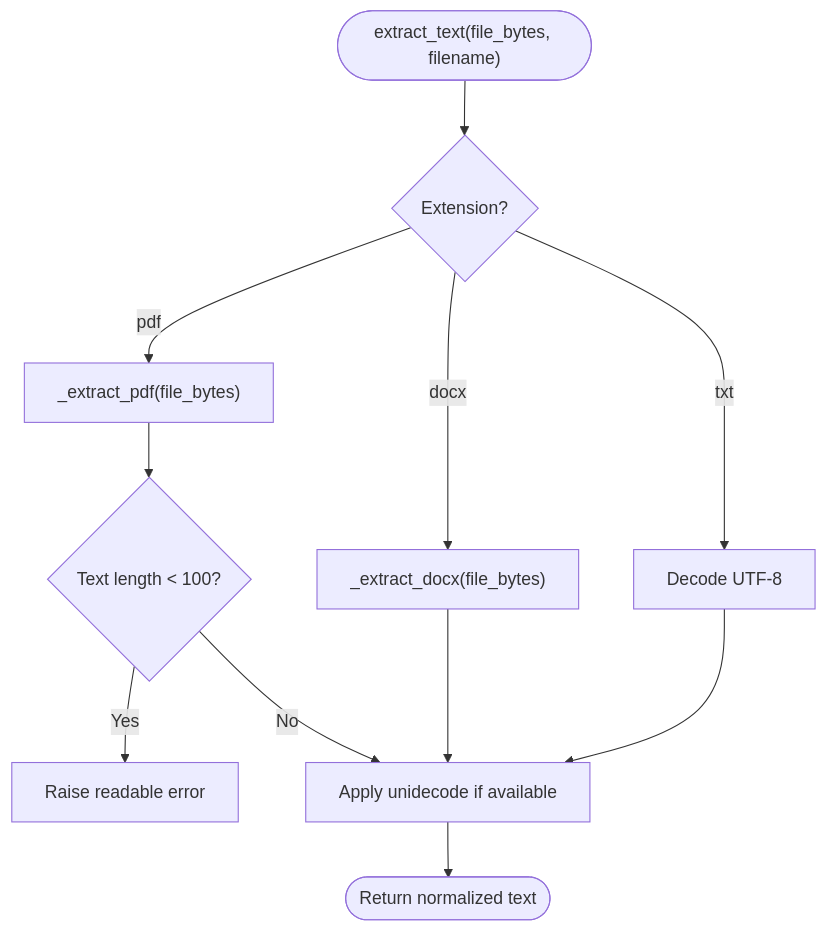
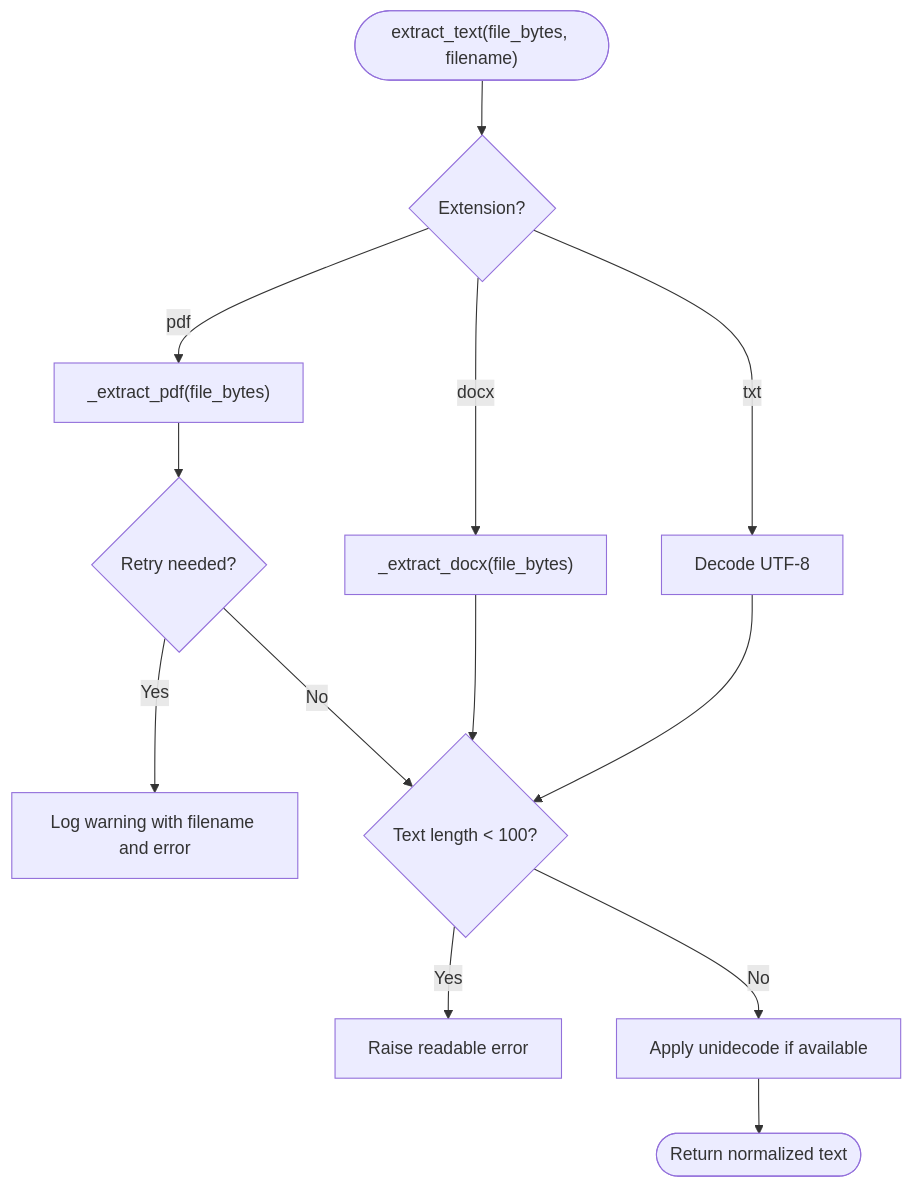
Before and after one commit to Revanththetalogics/aireume: the fourth of 11 diagrams in .qoder/repowiki/en/content/Analysis Engine/Parser Service.md, drawn with Mermaid. The commit also changed other lines of this file and 33 other files, not shown here.

````diff
--- a/.qoder/repowiki/en/content/Analysis Engine/Parser Service.md
+++ b/.qoder/repowiki/en/content/Analysis Engine/Parser Service.md
@@ -178,13 +214,15 @@
 ```mermaid
 flowchart TD
 Start(["extract_text(file_bytes, filename)"]) --> CheckExt{"Extension?"}
 CheckExt --> |pdf| PDF["_extract_pdf(file_bytes)"]
+PDF --> Retry{"Retry needed?"}
+Retry --> |Yes| LogWarn["Log warning with filename and error"]
+Retry --> |No| ScanGuard{"Text length < 100?"}
 CheckExt --> |docx| DOCX["_extract_docx(file_bytes)"]
 CheckExt --> |txt| TXT["Decode UTF-8"]
-PDF --> ScanGuard{"Text length < 100?"}
+DOCX --> ScanGuard
+TXT --> ScanGuard
 ScanGuard --> |Yes| Raise["Raise readable error"]
 ScanGuard --> |No| Normalize["Apply unidecode if available"]
-DOCX --> Normalize
-TXT --> Normalize
 Normalize --> Return(["Return normalized text"])
 ```
````
